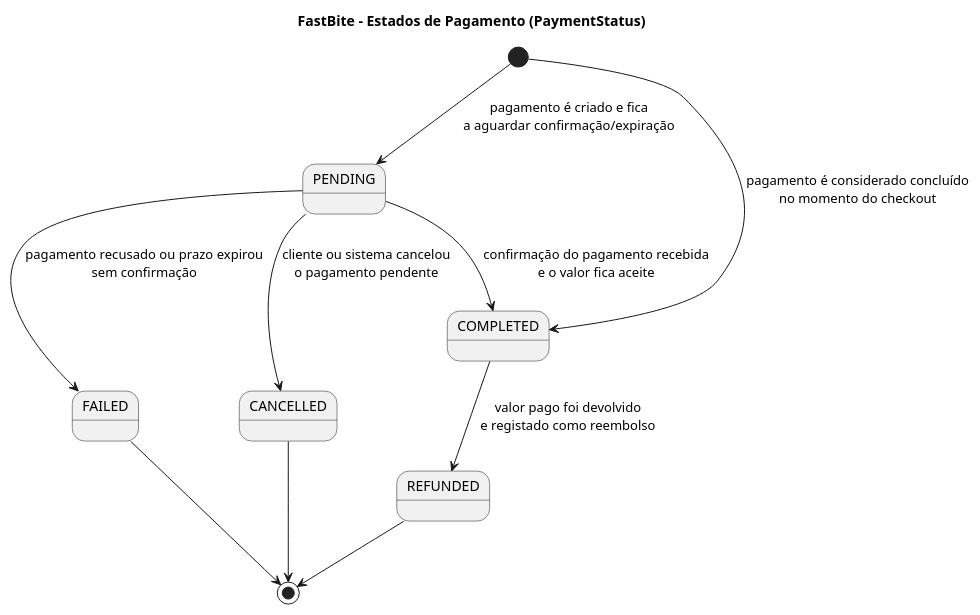
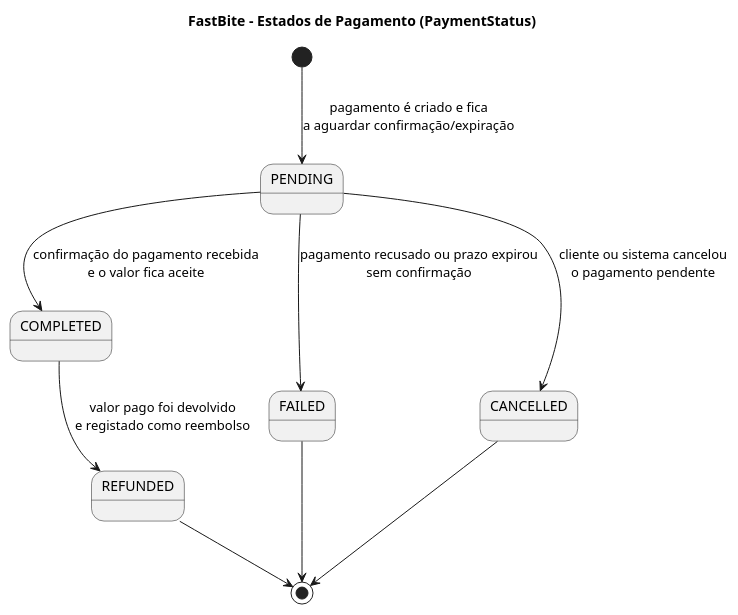
Before and after one commit to DuarteMSousa/FastBite: the diagram in Documentacao/docs novas/04b_estado_pagamento.puml, drawn with PlantUML. The commit also changed 2 other files, not shown here.

Commit message:
Refine wording in state diagrams (PUML)
Adjust text in three PlantUML state diagrams to clarify status transitions:

- Documentacao/docs novas/04a_estado_encomenda.puml: Clarify PENDING->CANCELLED reason to indicate cancellation due to lack of available courier.
- Documentacao/docs novas/04b_estado_pagamento.puml: Remove an incorrect initial transition to COMPLETED so payment starts in PENDING until confirmation/expiration.
- Documentacao/docs novas/04c_estado_entrega.puml: Simplify IN_TRANSIT->FAILED label to a generic "algum problema" to avoid overly specific failure reasons.

These tweaks improve accuracy and readability of the order/payment/delivery state diagrams.

```diff
--- a/Documentacao/docs novas/04b_estado_pagamento.puml
+++ b/Documentacao/docs novas/04b_estado_pagamento.puml
@@ -1,19 +1,18 @@
 @startuml FastBite_State_Payment
 title FastBite - Estados de Pagamento (PaymentStatus)
 
 skinparam shadowing false
 
 [*] --> PENDING : pagamento é criado e fica\na aguardar confirmação/expiração
-[*] --> COMPLETED : pagamento é considerado concluído\nno momento do checkout
 
 PENDING --> COMPLETED : confirmação do pagamento recebida\ne o valor fica aceite
 PENDING --> FAILED : pagamento recusado ou prazo expirou\nsem confirmação
 PENDING --> CANCELLED : cliente ou sistema cancelou\no pagamento pendente
 
 COMPLETED --> REFUNDED : valor pago foi devolvido\ne registado como reembolso
 
 FAILED --> [*]
 CANCELLED --> [*]
 REFUNDED --> [*]
 
 @enduml
```
